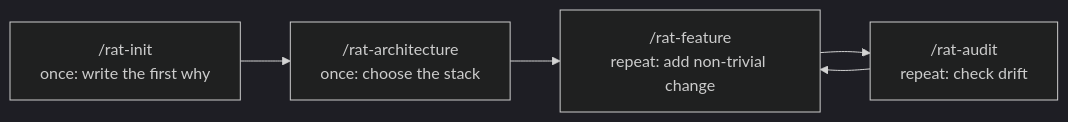
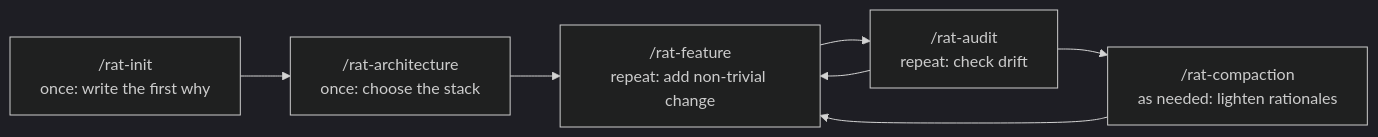
One commit to Maki-Daisuke/rat-coding changed the diagram in README.md. Above: the diagram before and after it, drawn with Mermaid (dark theme). The commit also changed other lines of this file and 2 other files, not shown here.

First line of the commit message:
feat(skills): add rat-compaction workflow

````diff
--- a/README.md
+++ b/README.md
@@ -62,7 +62,9 @@
 ```mermaid
 flowchart LR
   Init["/rat-init<br/>once: write the first why"] --> Architecture["/rat-architecture<br/>once: choose the stack"]
   Architecture --> Feature["/rat-feature<br/>repeat: add non-trivial change"]
   Feature --> Audit["/rat-audit<br/>repeat: check drift"]
   Audit --> Feature
+  Audit --> Compaction["/rat-compaction<br/>as needed: lighten rationales"]
+  Compaction --> Feature
 ```
````
